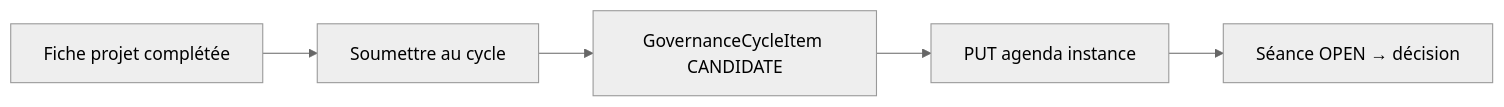
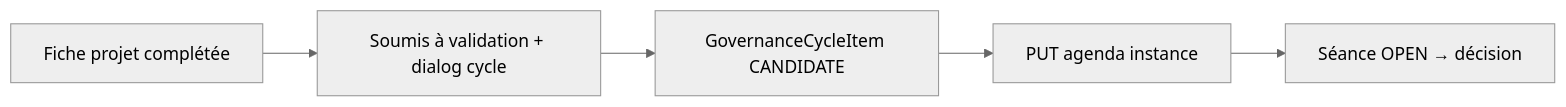
One commit to StephaneAtlani/starium-Orchestra changed the first of 5 diagrams in docs/RFC/RFC-PROJ-CYCLE-003 — Governance Cycle Instances and Configurable Propagation.md. Above: the diagram before and after it, drawn with Mermaid (neutral theme). The commit also changed other lines of this file and 27 other files, not shown here.

````diff
--- a/docs/RFC/RFC-PROJ-CYCLE-003 — Governance Cycle Instances and Configurable Propagation.md
+++ b/docs/RFC/RFC-PROJ-CYCLE-003 — Governance Cycle Instances and Configurable Propagation.md
@@ -866,11 +873,11 @@
 ```mermaid
 flowchart LR
   F[Fiche projet complétée]
-  S[Soumettre au cycle]
+  S[Soumis à validation + dialog cycle]
   I[GovernanceCycleItem CANDIDATE]
   A[PUT agenda instance]
   D[Séance OPEN → décision]
 
   F --> S --> I
   I --> A --> D
 ```
````
